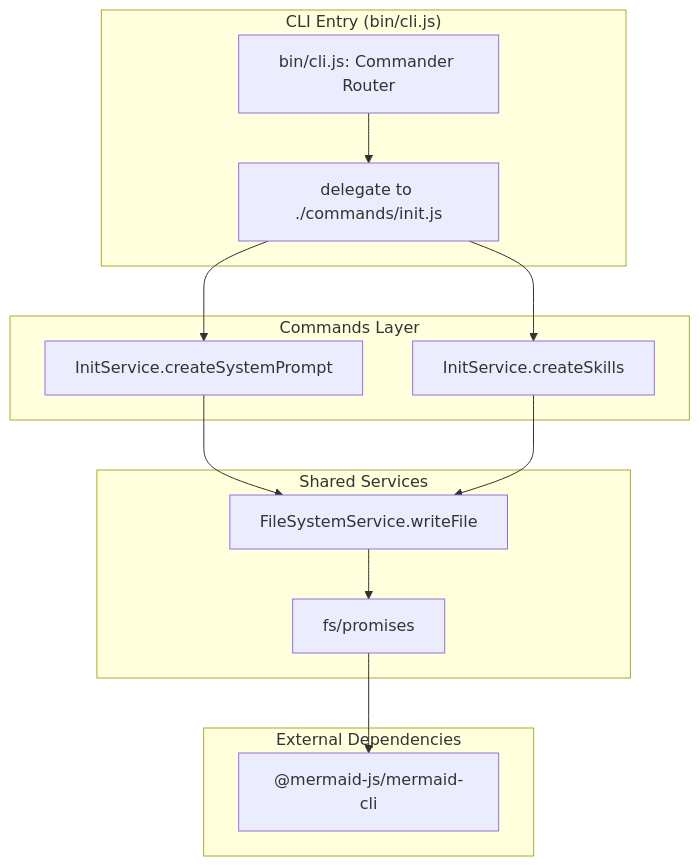
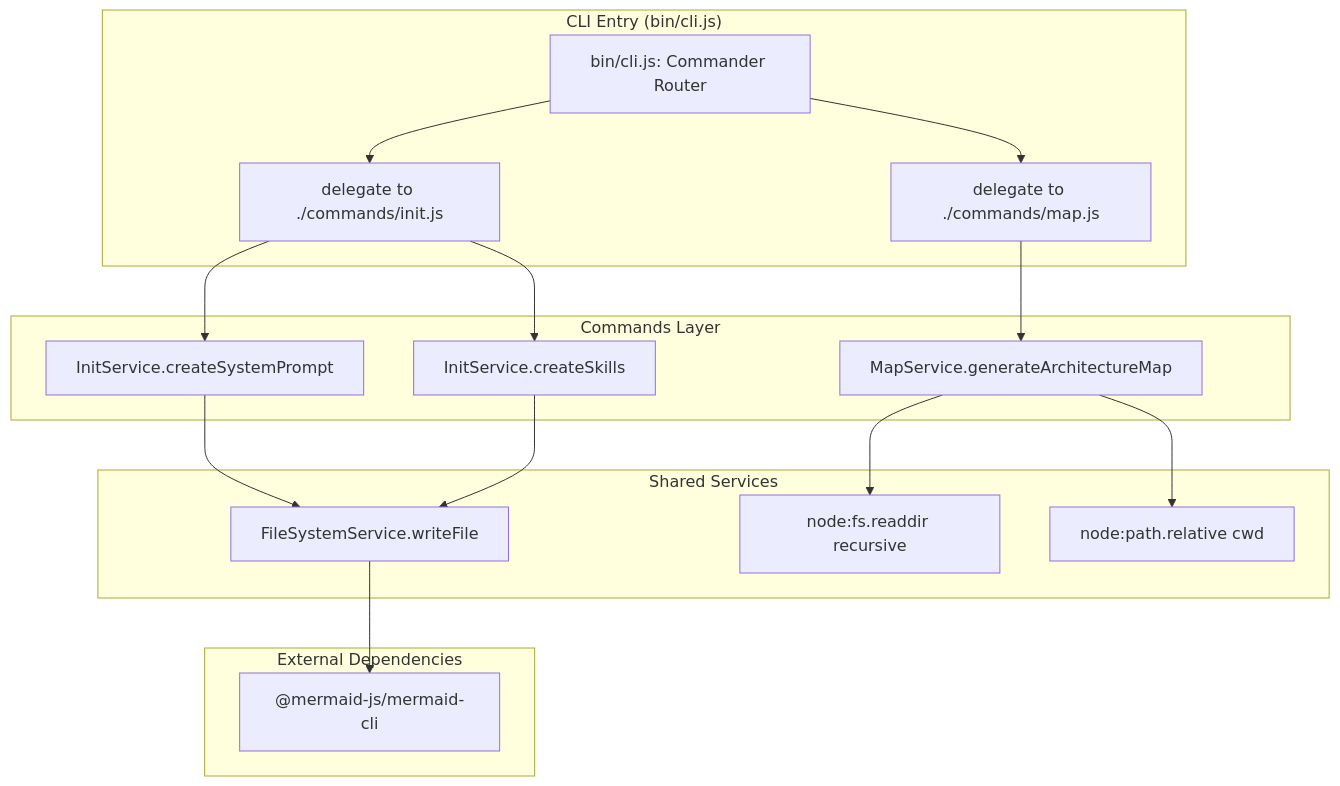
The diagram in bin/cli.spec.md (JulioCRFilho/mermaid-diagram-driven-development), drawn with Mermaid before and after one commit. The commit also changed other lines of this file and 5 other files, not shown here.

First line of the commit message:
feat(cli): add md map command for architecture mapping

````diff
--- a/bin/cli.spec.md
+++ b/bin/cli.spec.md
@@ -7,22 +7,25 @@
 ```mermaid
-%% @spec-version v4.2.1
+%% @spec-version v4.3.0
 graph TD
     subgraph "CLI Entry (bin/cli.js)"
         A[bin/cli.js: Commander Router] --> B[delegate to ./commands/init.js]
+        A --> H[delegate to ./commands/map.js]
     end
 
     subgraph "Commands Layer"
         B --> C[InitService.createSystemPrompt]
         B --> D[InitService.createSkills]
+        H --> I[MapService.generateArchitectureMap]
     end
 
     subgraph "Shared Services"
         C --> E[FileSystemService.writeFile]
         D --> E
-        E --> F[fs/promises]
+        I --> J[node:fs.readdir recursive]
+        I --> K[node:path.relative cwd]
     end
 
     subgraph "External Dependencies"
-        F --> G["@mermaid-js/mermaid-cli"]
+        E --> F["@mermaid-js/mermaid-cli"]
     end
 ```
````
